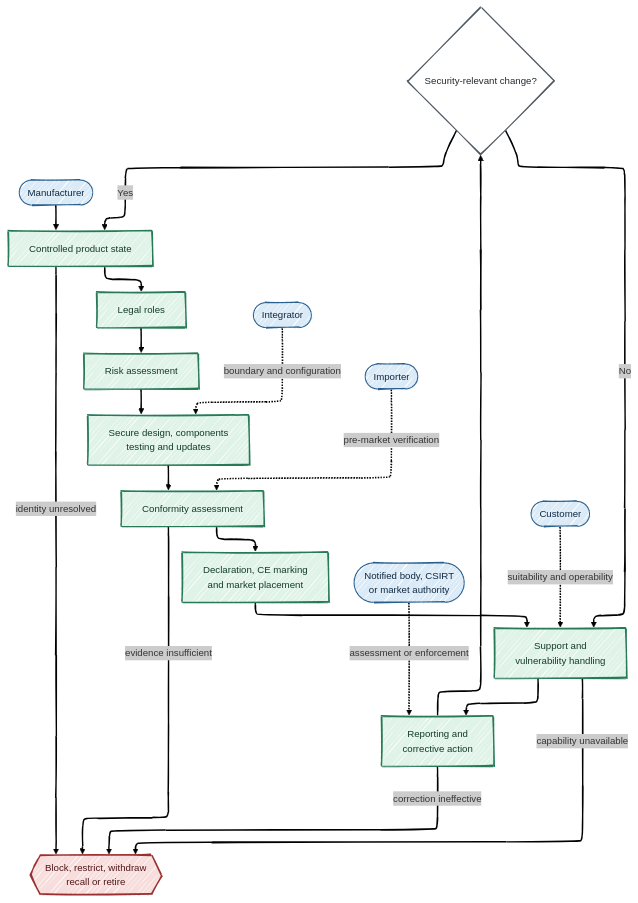
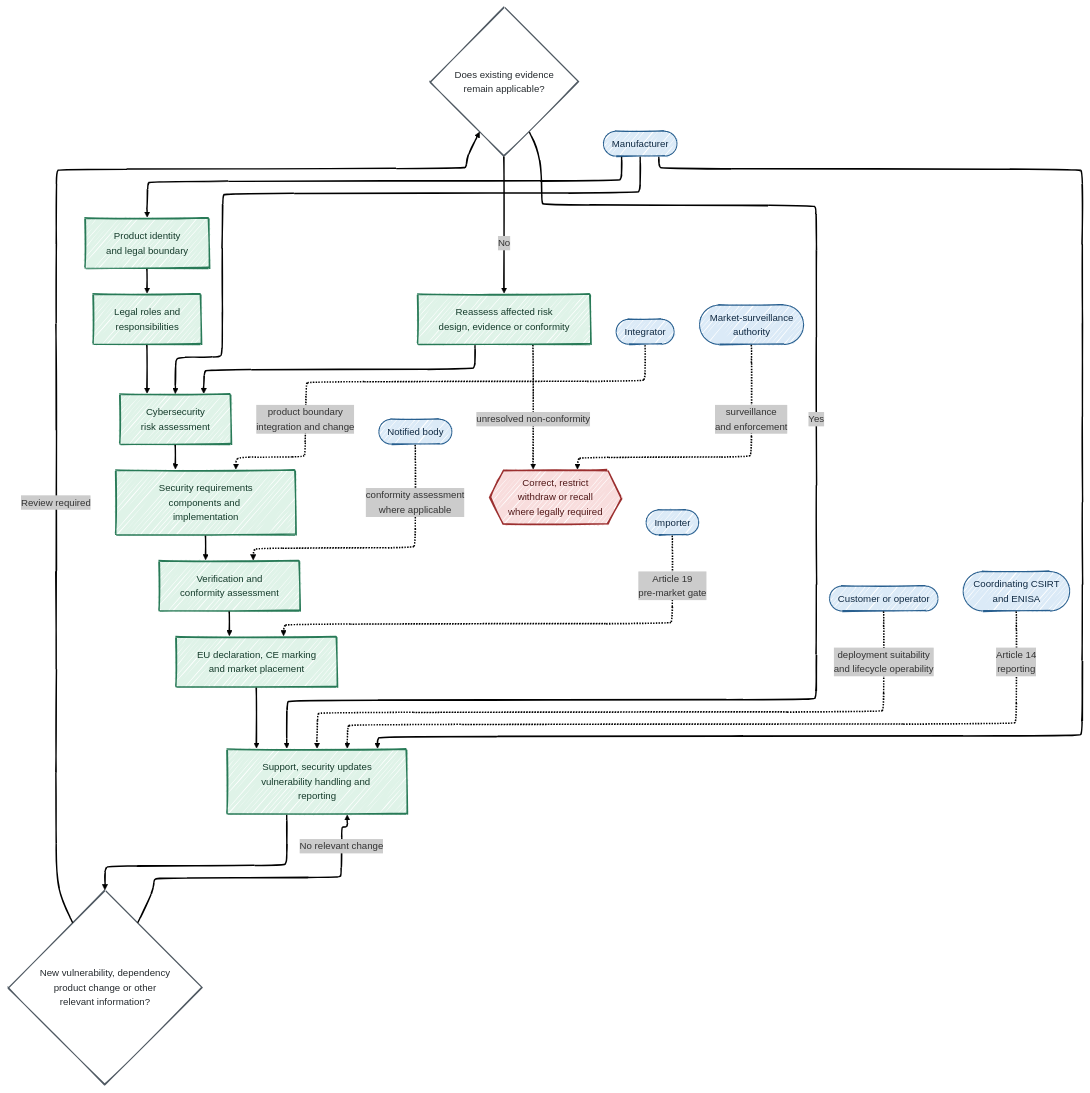
Diagram 18 of 18 in longforms/cyber-resilience-act-the-new-product-security-baseline/index.qmd (antomon/antomon.github.io), drawn with Mermaid before and after one commit. The commit also changed other lines of this file and 54 other files, not shown here.

````diff
--- a/longforms/cyber-resilience-act-the-new-product-security-baseline/index.qmd
+++ b/longforms/cyber-resilience-act-the-new-product-security-baseline/index.qmd
@@ -1424,52 +3443,60 @@
 ```{mermaid}
 %%| label: fig-cyber-resilience-act-the-new-product-security-baseline-lifecycle-accountability
-%%| fig-cap: "CRA compliance is a recurrent lifecycle-accountability loop rather than a permanent status attached to a product name."
-%%| fig-alt: "A circular flow connects controlled product identity, legal roles, risk assessment, secure design and components, conformity assessment, market placement, support and vulnerability handling, reporting and corrective action, and change assessment. A positive change decision creates a new controlled product state. Customers, integrators, manufacturers, importers, notified bodies, CSIRTs, and market-surveillance authorities interact with different stages. Unresolved identity, evidence, support, or conformity gaps lead to blocking, restriction, withdrawal, or retirement."
+%%| fig-cap: "CRA accountability is recurrent: product identity, legal roles, cybersecurity risk, conformity evidence, support, vulnerabilities, and security-relevant change must remain aligned over time."
+%%| fig-alt: "A lifecycle begins with product identity and boundary, followed by legal-role assignment, cybersecurity risk assessment, security design and component integration, verification and conformity assessment, and market placement. Support, security updates, vulnerability handling and reporting continue after placement. New vulnerabilities, dependency changes, product modifications or other relevant information trigger an impact assessment. If existing evidence remains applicable, lifecycle support continues; otherwise affected risk, design, verification or conformity activities are reopened. Manufacturers participate across the lifecycle. Importers operate a pre-market verification gate. Integrators control boundaries and changes. Customers assess deployment suitability. Notified bodies perform conformity assessment where required, coordinating CSIRTs and ENISA receive CRA reports, and market-surveillance authorities perform surveillance and enforcement."
 %%| fig-align: center
 %%{init: {"theme": "neo", "look": "handDrawn", "layout": "elk"}}%%
 flowchart TD
-    STATE[Controlled product state]:::product
-    ROLES[Legal roles]:::product
-    RISK[Risk assessment]:::product
-    DESIGN[Secure design, components<br/>testing and updates]:::product
-    CONFORMITY[Conformity assessment]:::product
-    MARKET[Declaration, CE marking<br/>and market placement]:::product
-    SUPPORT[Support and<br/>vulnerability handling]:::product
-    RESPONSE[Reporting and<br/>corrective action]:::product
-    CHANGE{Security-relevant change?}:::test
+    STATE[Product identity<br/>and legal boundary]:::product
+    ROLES[Legal roles and<br/>responsibilities]:::product
+    RISK[Cybersecurity<br/>risk assessment]:::product
+    DESIGN[Security requirements<br/>components and implementation]:::product
+    VERIFY[Verification and<br/>conformity assessment]:::product
+    MARKET[EU declaration, CE marking<br/>and market placement]:::product
+    LIFE[Support, security updates<br/>vulnerability handling and reporting]:::product
+
+    CHANGE{New vulnerability, dependency<br/>product change or other<br/>relevant information?}:::test
+    IMPACT{Does existing evidence<br/>remain applicable?}:::test
+    REASSESS[Reassess affected risk<br/>design, evidence or conformity]:::product
+    CORRECT{{Correct, restrict<br/>withdraw or recall<br/>where legally required}}:::enforcement
 
     MFR([Manufacturer]):::entity
     IMP([Importer]):::entity
     INT([Integrator]):::entity
-    USER([Customer]):::entity
-    AUTH([Notified body, CSIRT<br/>or market authority]):::entity
-
-    FAILURE{{Block, restrict, withdraw<br/>recall or retire}}:::enforcement
+    USER([Customer or operator]):::entity
+    NB([Notified body]):::entity
+    CSIRT([Coordinating CSIRT<br/>and ENISA]):::entity
+    MSA([Market-surveillance<br/>authority]):::entity
 
     STATE --> ROLES
     ROLES --> RISK
     RISK --> DESIGN
-    DESIGN --> CONFORMITY
-    CONFORMITY --> MARKET
-    MARKET --> SUPPORT
-    SUPPORT --> RESPONSE
-    RESPONSE --> CHANGE
-    CHANGE -- Yes --> STATE
-    CHANGE -- No --> SUPPORT
+    DESIGN --> VERIFY
+    VERIFY --> MARKET
+    MARKET --> LIFE
+    LIFE --> CHANGE
+
+    CHANGE -- No relevant change --> LIFE
+    CHANGE -- Review required --> IMPACT
+    IMPACT -- Yes --> LIFE
+    IMPACT -- No --> REASSESS
+    REASSESS --> RISK
+    REASSESS -. unresolved non-conformity .-> CORRECT
 
     MFR --> STATE
-    IMP -. pre-market verification .-> CONFORMITY
-    INT -. boundary and configuration .-> DESIGN
-    USER -. suitability and operability .-> SUPPORT
-    AUTH -. assessment or enforcement .-> RESPONSE
+    MFR --> RISK
+    MFR --> LIFE
 
-    STATE -- identity unresolved --> FAILURE
-    CONFORMITY -- evidence insufficient --> FAILURE
-    SUPPORT -- capability unavailable --> FAILURE
-    RESPONSE -- correction ineffective --> FAILURE
+    IMP -. Article 19<br/>pre-market gate .-> MARKET
+    INT -. product boundary<br/>integration and change .-> DESIGN
+    USER -. deployment suitability<br/>and lifecycle operability .-> LIFE
+
+    NB -. conformity assessment<br/>where applicable .-> VERIFY
+    CSIRT -. Article 14<br/>reporting .-> LIFE
+    MSA -. surveillance<br/>and enforcement .-> CORRECT
 
     classDef entity fill:#dbeaf7,stroke:#285f8f,stroke-width:1.5px,color:#102a43;
     classDef product fill:#dff3e8,stroke:#287a57,stroke-width:2px,color:#153b2b;
     classDef test fill:#ffffff,stroke:#4f5962,stroke-width:1.5px,color:#252a2e;
     classDef enforcement fill:#f8dddd,stroke:#9b2f2f,stroke-width:2px,color:#501717;
 ```
````
